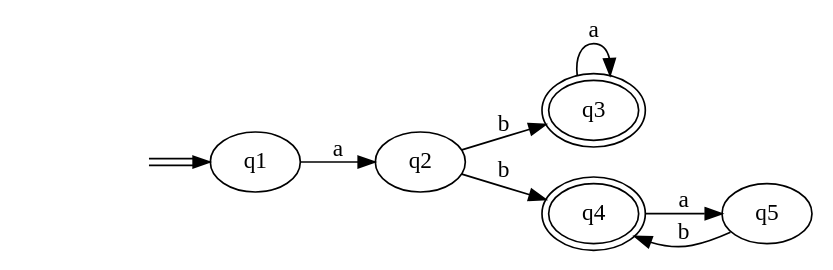
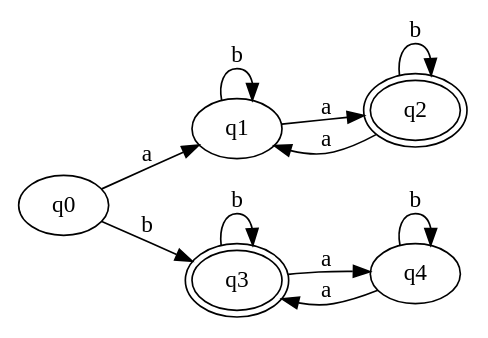
Before and after one commit to Christopher-Caroni/L3INFO: the diagram in TDM5/ael/automate-test-original.dot, drawn with Graphviz. The commit also changed 5 other files, not shown here.

```diff
--- a/TDM5/ael/automate-test-original.dot
+++ b/TDM5/ael/automate-test-original.dot
@@ -1,11 +1,13 @@
 digraph Automaton { 
   rankdir = LR
-  0 [label="q1"];  1 [label="q2"];  2 [label="q3",peripheries=2];  3 [label="q4",peripheries=2];  4 [label="q5"];  start0 [style=invis]
-  start0 -> 0[color="black:white:black"]
-  0 -> 1 [label = "a" ]
-  1 -> 3 [label = "b" ]
-  1 -> 2 [label = "b" ]
-  2 -> 2 [label = "a" ]
+  0 [label="q0"];  1 [label="q1"];  2 [label="q2",peripheries=2];  3 [label="q3",peripheries=2];  4 [label="q4"];  0 -> 1 [label = "a" ]
+  0 -> 3 [label = "b" ]
+  1 -> 2 [label = "a" ]
+  1 -> 1 [label = "b" ]
+  2 -> 1 [label = "a" ]
+  2 -> 2 [label = "b" ]
   3 -> 4 [label = "a" ]
-  4 -> 3 [label = "b" ]
+  3 -> 3 [label = "b" ]
+  4 -> 3 [label = "a" ]
+  4 -> 4 [label = "b" ]
 }
```
